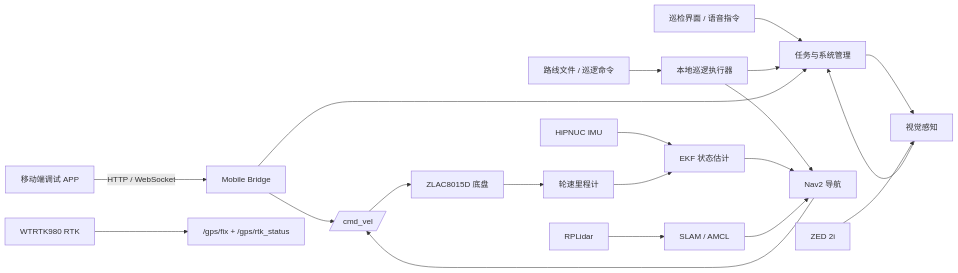
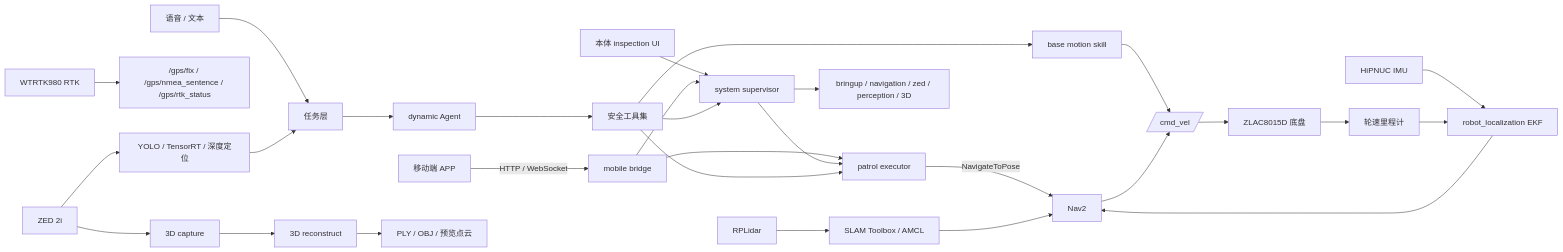
One commit to liaojingwu20041031/electric-power-inspection-robot changed the diagram in README.md. Above: the diagram before and after it, drawn with Mermaid. The commit also changed other lines of this file and 28 other files, not shown here.

Commit message:
feat: update robot inspection platform docs and UI

````diff
--- a/README.md
+++ b/README.md
@@ -85,25 +64,35 @@
 ```mermaid
 flowchart LR
-    UI[巡检界面 / 语音指令] --> TASK[任务与系统管理]
-    APP[移动端调试 APP] -->|HTTP / WebSocket| BRIDGE[Mobile Bridge]
-    ROUTE[路线文件 / 巡逻命令] --> PATROL[本地巡逻执行器]
-    PATROL --> NAV[Nav2 导航]
-    PATROL --> TASK
-    TASK --> PERCEPTION[视觉感知]
-    BRIDGE --> TASK
-    BRIDGE --> CMD
+    APP[移动端 APP] -->|HTTP / WebSocket| BRIDGE[mobile bridge]
+    QML[本体 inspection UI] --> SYS[system supervisor]
+    VOICE[语音 / 文本] --> TASK[任务层]
+    AGENT[dynamic Agent] --> TOOLS[安全工具集]
 
-    NAV --> CMD[/cmd_vel/]
+    BRIDGE --> SYS
+    BRIDGE --> PATROL[patrol executor]
+    SYS --> BRINGUP[bringup / navigation / zed / perception / 3D]
+    SYS --> PATROL
+    TASK --> AGENT
+    TOOLS --> PATROL
+    TOOLS --> SYS
+    TOOLS --> SKILL[base motion skill]
+
+    PATROL -->|NavigateToPose| NAV[Nav2]
+    SKILL --> CMD[/cmd_vel/]
+    NAV --> CMD
     CMD --> BASE[ZLAC8015D 底盘]
     BASE --> ODOM[轮速里程计]
 
-    LIDAR[RPLidar] --> SLAM[SLAM / AMCL]
-    IMU[HiPNUC IMU] --> EKF[EKF 状态估计]
-    RTK[WTRTK980 RTK] --> GPS["/gps/fix + /gps/rtk_status"]
+    LIDAR[RPLidar] --> SLAM[SLAM Toolbox / AMCL]
+    IMU[HiPNUC IMU] --> EKF[robot_localization EKF]
     ODOM --> EKF
+    SLAM --> NAV
     EKF --> NAV
-    SLAM --> NAV
+    RTK[WTRTK980 RTK] --> GPS["/gps/fix / /gps/nmea_sentence / /gps/rtk_status"]
 
-    ZED[ZED 2i] --> PERCEPTION
+    ZED[ZED 2i] --> PERCEPTION[YOLO / TensorRT / 深度定位]
+    ZED --> CAPTURE[3D capture]
+    CAPTURE --> RECON[3D reconstruct]
     PERCEPTION --> TASK
+    RECON --> ASSET[PLY / OBJ / 预览点云]
 ```
````
